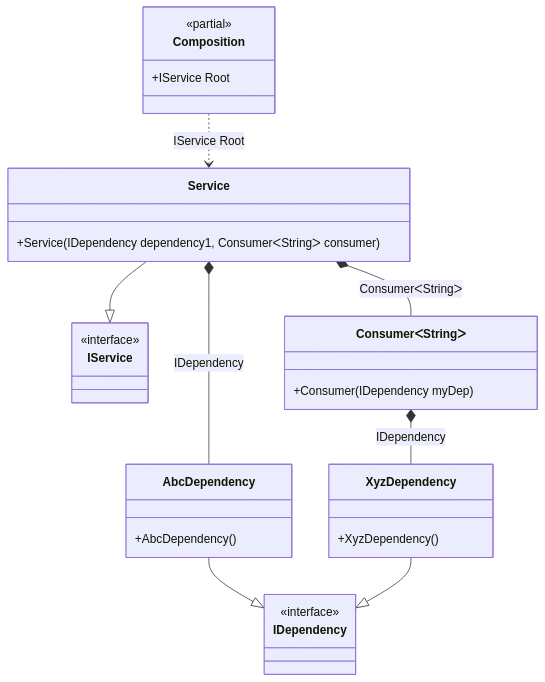
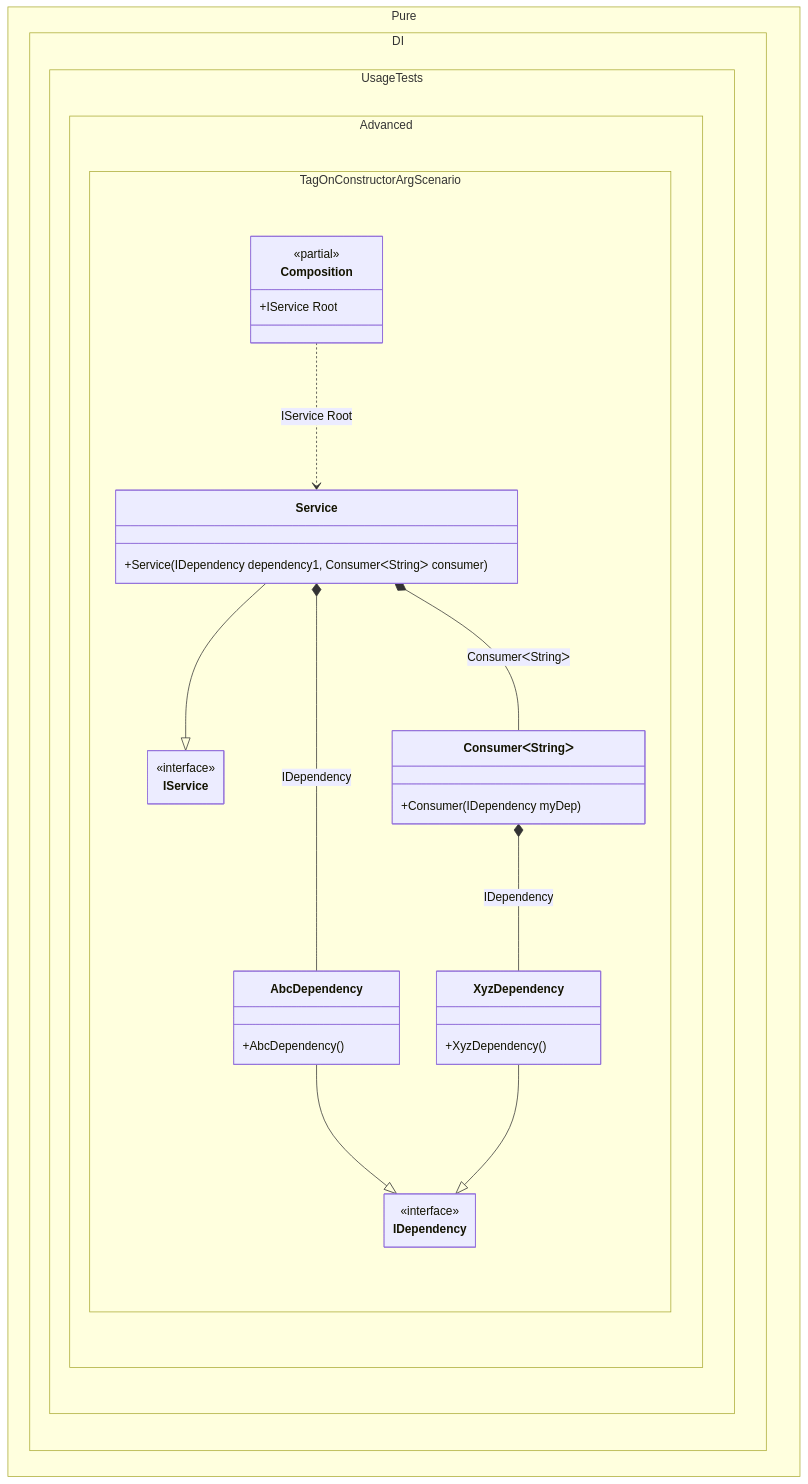
Before and after one commit to DevTeam/Pure.DI: the diagram in readme/tag-on-a-constructor-argument.md, drawn with Mermaid. The commit also changed 103 other files, not shown here.

Commit message:
Improved class diagrams

````diff
--- a/readme/tag-on-a-constructor-argument.md
+++ b/readme/tag-on-a-constructor-argument.md
@@ -90,32 +90,39 @@
 ```mermaid
+---
+ config:
+  class:
+   hideEmptyMembersBox: true
+---
 classDiagram
-	class Composition {
-		<<partial>>
-		+IService Root
-	}
 	Service --|> IService
-	class Service {
-		+Service(IDependency dependency1, ConsumerᐸStringᐳ consumer)
-	}
 	AbcDependency --|> IDependency
-	class AbcDependency {
-		+AbcDependency()
-	}
-	class ConsumerᐸStringᐳ {
-		+Consumer(IDependency myDep)
-	}
 	XyzDependency --|> IDependency
-	class XyzDependency {
-		+XyzDependency()
-	}
-	class IService {
-		<<interface>>
-	}
-	class IDependency {
-		<<interface>>
-	}
 	Composition ..> Service : IService Root
 	Service *--  AbcDependency : IDependency
 	Service *--  ConsumerᐸStringᐳ : ConsumerᐸStringᐳ
 	ConsumerᐸStringᐳ *--  XyzDependency : IDependency
+	namespace Pure.DI.UsageTests.Advanced.TagOnConstructorArgScenario {
+		class AbcDependency {
+			+AbcDependency()
+		}
+		class Composition {
+		<<partial>>
+		+IService Root
+		}
+		class ConsumerᐸStringᐳ {
+			+Consumer(IDependency myDep)
+		}
+		class IDependency {
+			<<interface>>
+		}
+		class IService {
+			<<interface>>
+		}
+		class Service {
+			+Service(IDependency dependency1, ConsumerᐸStringᐳ consumer)
+		}
+		class XyzDependency {
+			+XyzDependency()
+		}
+	}
 ```
````
